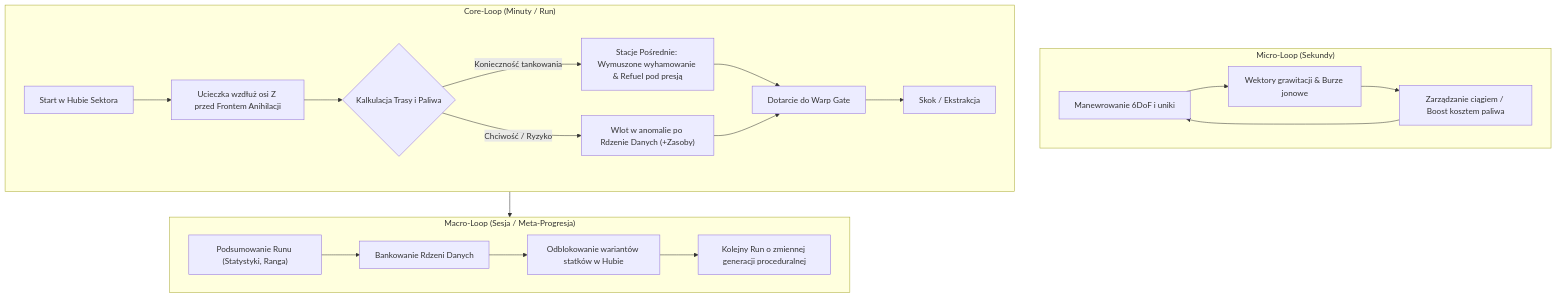
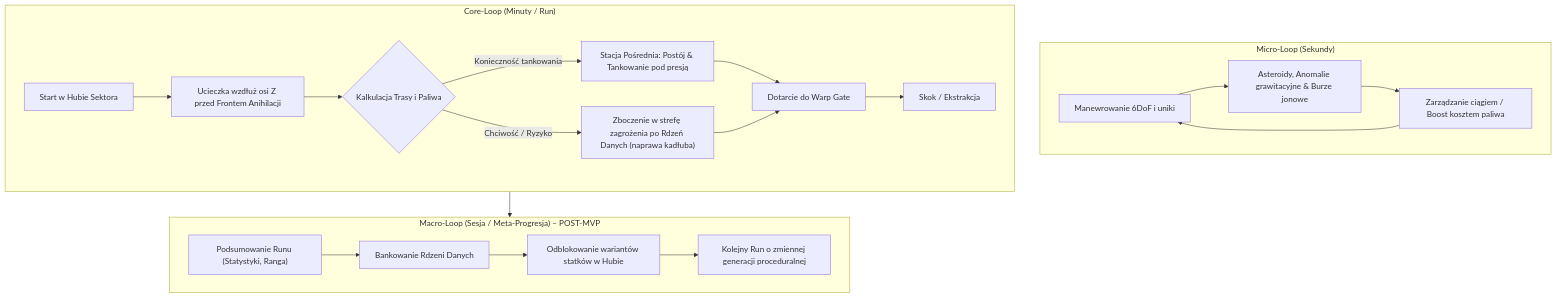
The diagram in Assets/DOCS/GAMEPLAY.md (SharpP03/AdAstra), drawn with Mermaid before and after one commit. The commit also changed other lines of this file and 1 other file, not shown here.

First line of the commit message:
docs: mvp game loop scope (#57)

````diff
--- a/Assets/DOCS/GAMEPLAY.md
+++ b/Assets/DOCS/GAMEPLAY.md
@@ -12,26 +16,26 @@
 ```mermaid
 flowchart TD
     subgraph MicroLoop ["Micro-Loop (Sekundy)"]
-        M1["Manewrowanie 6DoF i uniki"] --> M2["Wektory grawitacji & Burze jonowe"]
+        M1["Manewrowanie 6DoF i uniki"] --> M2["Asteroidy, Anomalie grawitacyjne & Burze jonowe"]
         M2 --> M3["Zarządzanie ciągiem / Boost kosztem paliwa"]
         M3 --> M1
     end
 
     subgraph CoreLoop ["Core-Loop (Minuty / Run)"]
         C1["Start w Hubie Sektora"] --> C2["Ucieczka wzdłuż osi Z przed Frontem Anihilacji"]
         C2 --> C3{"Kalkulacja Trasy i Paliwa"}
-        C3 -- "Konieczność tankowania" --> C4["Stacje Pośrednie: Wymuszone wyhamowanie & Refuel pod presją"]
-        C3 -- "Chciwość / Ryzyko" --> C5["Wlot w anomalie po Rdzenie Danych (+Zasoby)"]
+        C3 -- "Konieczność tankowania" --> C4["Stacja Pośrednia: Postój & Tankowanie pod presją"]
+        C3 -- "Chciwość / Ryzyko" --> C5["Zboczenie w strefę zagrożenia po Rdzeń Danych (naprawa kadłuba)"]
         C4 --> C6["Dotarcie do Warp Gate"]
         C5 --> C6
         C6 --> C7["Skok / Ekstrakcja"]
     end
 
-    subgraph MacroLoop ["Macro-Loop (Sesja / Meta-Progresja)"]
+    subgraph MacroLoop ["Macro-Loop (Sesja / Meta-Progresja) – POST-MVP"]
         MA1["Podsumowanie Runu (Statystyki, Ranga)"] --> MA2["Bankowanie Rdzeni Danych"]
         MA2 --> MA3["Odblokowanie wariantów statków w Hubie"]
         MA3 --> MA4["Kolejny Run o zmiennej generacji proceduralnej"]
     end
 
     CoreLoop --> MacroLoop
 ```
````
